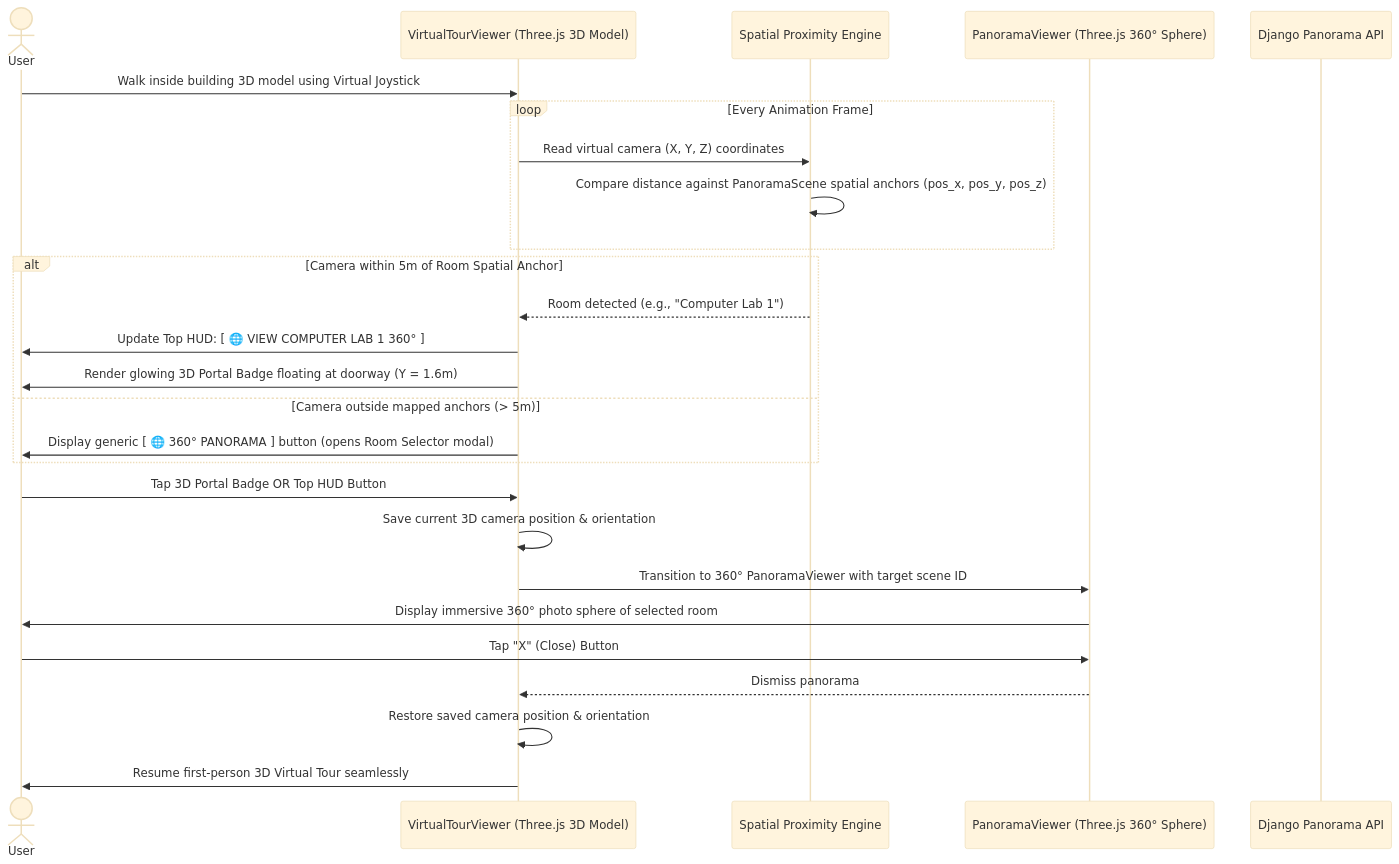
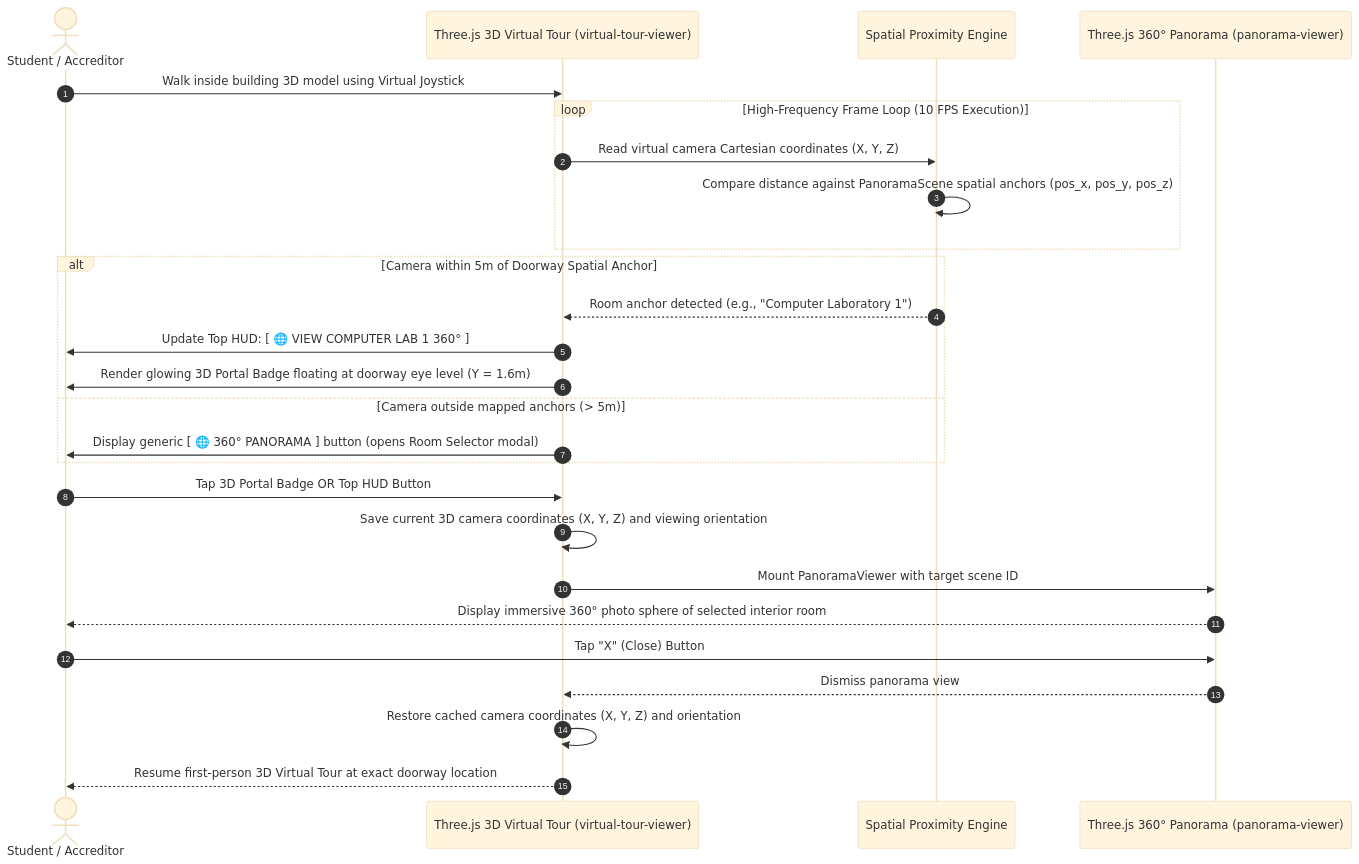
One commit to Cipher-Syntax/ARQuest changed diagram 11 of 11 in data-flow.md. Above: the diagram before and after it, drawn with Mermaid (base theme). The commit also changed other lines of this file and 8 other files, not shown here.

Commit message:
Updated: documentation + diagrams

````diff
--- a/data-flow.md
+++ b/data-flow.md
@@ -330,32 +383,32 @@
 ```mermaid
 sequenceDiagram
-    actor User
-    participant VT as VirtualTourViewer (Three.js 3D Model)
+    autonumber
+    actor User as Student / Accreditor
+    participant VT as Three.js 3D Virtual Tour (virtual-tour-viewer)
     participant Proximity as Spatial Proximity Engine
-    participant Pano as PanoramaViewer (Three.js 360° Sphere)
-    participant API as Django Panorama API
+    participant Pano as Three.js 360° Panorama (panorama-viewer)
 
     User->>VT: Walk inside building 3D model using Virtual Joystick
-    loop Every Animation Frame
-        VT->>Proximity: Read virtual camera (X, Y, Z) coordinates
+    loop High-Frequency Frame Loop (10 FPS Execution)
+        VT->>Proximity: Read virtual camera Cartesian coordinates (X, Y, Z)
         Proximity->>Proximity: Compare distance against PanoramaScene spatial anchors (pos_x, pos_y, pos_z)
     end
 
-    alt Camera within 5m of Room Spatial Anchor
-        Proximity-->>VT: Room detected (e.g., "Computer Lab 1")
+    alt Camera within 5m of Doorway Spatial Anchor
+        Proximity-->>VT: Room anchor detected (e.g., "Computer Laboratory 1")
         VT->>User: Update Top HUD: [ 🌐 VIEW COMPUTER LAB 1 360° ]
-        VT->>User: Render glowing 3D Portal Badge floating at doorway (Y = 1.6m)
+        VT->>User: Render glowing 3D Portal Badge floating at doorway eye level (Y = 1.6m)
     else Camera outside mapped anchors (> 5m)
         VT->>User: Display generic [ 🌐 360° PANORAMA ] button (opens Room Selector modal)
     end
 
     User->>VT: Tap 3D Portal Badge OR Top HUD Button
-    VT->>VT: Save current 3D camera position & orientation
-    VT->>Pano: Transition to 360° PanoramaViewer with target scene ID
-    Pano->>User: Display immersive 360° photo sphere of selected room
+    VT->>VT: Save current 3D camera coordinates (X, Y, Z) and viewing orientation
+    VT->>Pano: Mount PanoramaViewer with target scene ID
+    Pano-->>User: Display immersive 360° photo sphere of selected interior room
 
     User->>Pano: Tap "X" (Close) Button
-    Pano-->>VT: Dismiss panorama
-    VT->>VT: Restore saved camera position & orientation
-    VT->>User: Resume first-person 3D Virtual Tour seamlessly
+    Pano-->>VT: Dismiss panorama view
+    VT->>VT: Restore cached camera coordinates (X, Y, Z) and orientation
+    VT-->>User: Resume first-person 3D Virtual Tour at exact doorway location
 ```
````
